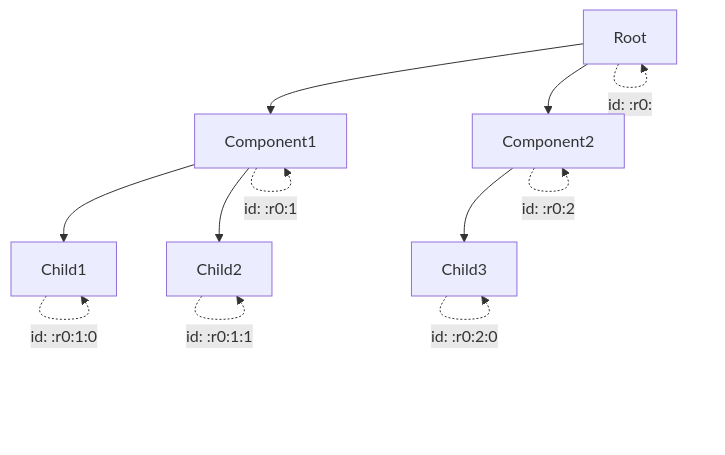
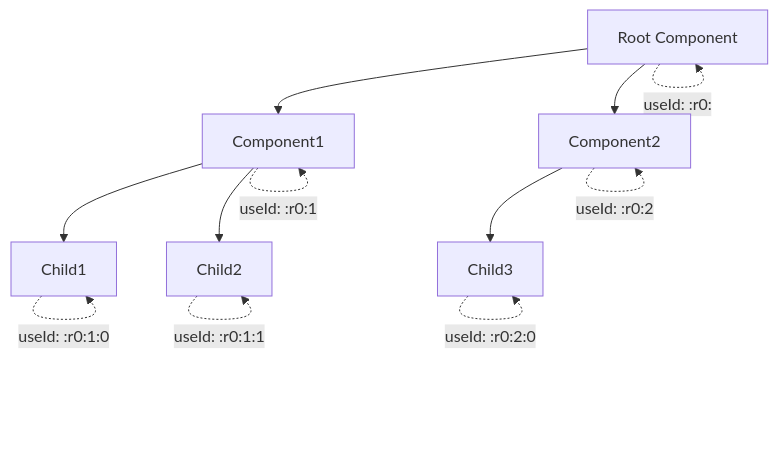
Before and after one commit to xuyuxiong/react-source-code-analysis: the diagram in docs/implementation/use-id.md, drawn with Mermaid. The commit also changed other lines of this file and 13 other files, not shown here.

````diff
--- a/docs/implementation/use-id.md
+++ b/docs/implementation/use-id.md
@@ -140,15 +145,15 @@
 ```mermaid
 graph TD
-    A[Root] --> B[Component1]
+    A[Root Component] --> B[Component1]
     A --> C[Component2]
     B --> D[Child1]
     B --> E[Child2]
     C --> F[Child3]
     
-    A -.->|"id: :r0:"| A
-    B -.->|"id: :r0:1"| B
-    C -.->|"id: :r0:2"| C
-    D -.->|"id: :r0:1:0"| D
-    E -.->|"id: :r0:1:1"| E
-    F -.->|"id: :r0:2:0"| F
+    A -.->|"useId: :r0:"| A
+    B -.->|"useId: :r0:1"| B
+    C -.->|"useId: :r0:2"| C
+    D -.->|"useId: :r0:1:0"| D
+    E -.->|"useId: :r0:1:1"| E
+    F -.->|"useId: :r0:2:0"| F
 ```
````
